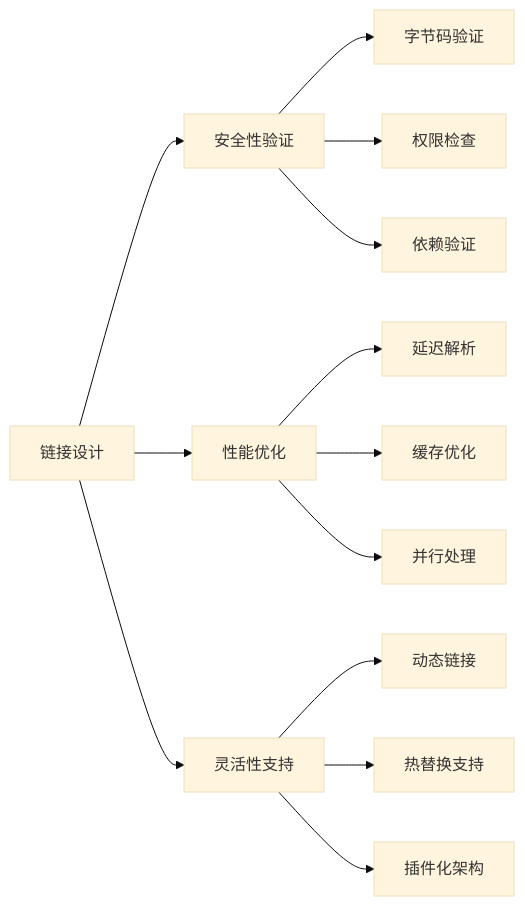
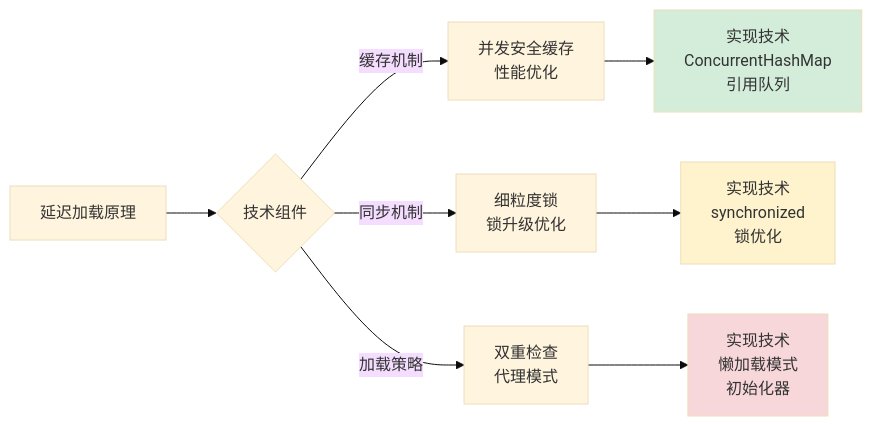
One commit to chongyang211/YCBookBlog changed diagram 16 of 30 in 00.通用技术的提升/02.程序编程原理/07.类的加载核心原理.md. Above: the diagram before and after it, drawn with Mermaid (base theme). The commit also changed other lines of this file and 5 other files, not shown here.

````diff
--- a/00.通用技术的提升/02.程序编程原理/07.类的加载核心原理.md
+++ b/00.通用技术的提升/02.程序编程原理/07.类的加载核心原理.md
@@ -484,18 +2024,15 @@
 ```mermaid
 graph LR
-    A[链接设计] --> B[安全性验证]
-    A --> C[性能优化]
-    A --> D[灵活性支持]
+    A[延迟加载原理] --> B{技术组件}
+    B -->|缓存机制| C[并发安全缓存<br/>性能优化]
+    B -->|同步机制| D[细粒度锁<br/>锁升级优化]
+    B -->|加载策略| E[双重检查<br/>代理模式]
     
-    B --> B1[字节码验证]
-    B --> B2[权限检查]
-    B --> B3[依赖验证]
+    C --> C1[实现技术<br/>ConcurrentHashMap<br/>引用队列]
+    D --> D1[实现技术<br/>synchronized<br/>锁优化]
+    E --> E1[实现技术<br/>懒加载模式<br/>初始化器]
     
-    C --> C1[延迟解析]
-    C --> C2[缓存优化]
-    C --> C3[并行处理]
-    
-    D --> D1[动态链接]
-    D --> D2[热替换支持]
-    D --> D3[插件化架构]
+    style C1 fill:#d4edda
+    style D1 fill:#fff3cd
+    style E1 fill:#f8d7da
 ```
````
